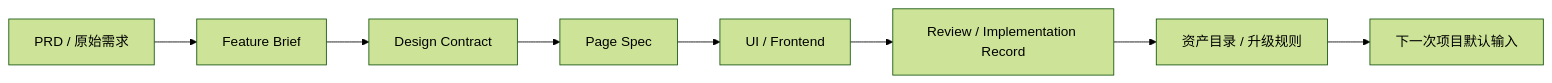
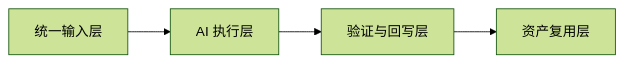
The diagram in docs/01-AI前端交付工程规范总览.md (clarence1026/Spec-Driven-Development), drawn with Mermaid (forest theme) before and after one commit. The commit also changed other lines of this file and 16 other files, not shown here.

````diff
--- a/docs/01-AI前端交付工程规范总览.md
+++ b/docs/01-AI前端交付工程规范总览.md
@@ -34,10 +51,6 @@
 ```mermaid
 flowchart LR
-    A[PRD / 原始需求] --> B[Feature Brief]
-    B --> C[Design Contract]
-    C --> D[Page Spec]
-    D --> E[UI / Frontend]
-    E --> F[Review / Implementation Record]
-    F --> G[资产目录 / 升级规则]
-    G --> H[下一次项目默认输入]
+    A[统一输入层] --> B[AI 执行层]
+    B --> C[验证与回写层]
+    C --> D[资产复用层]
 ```
````
